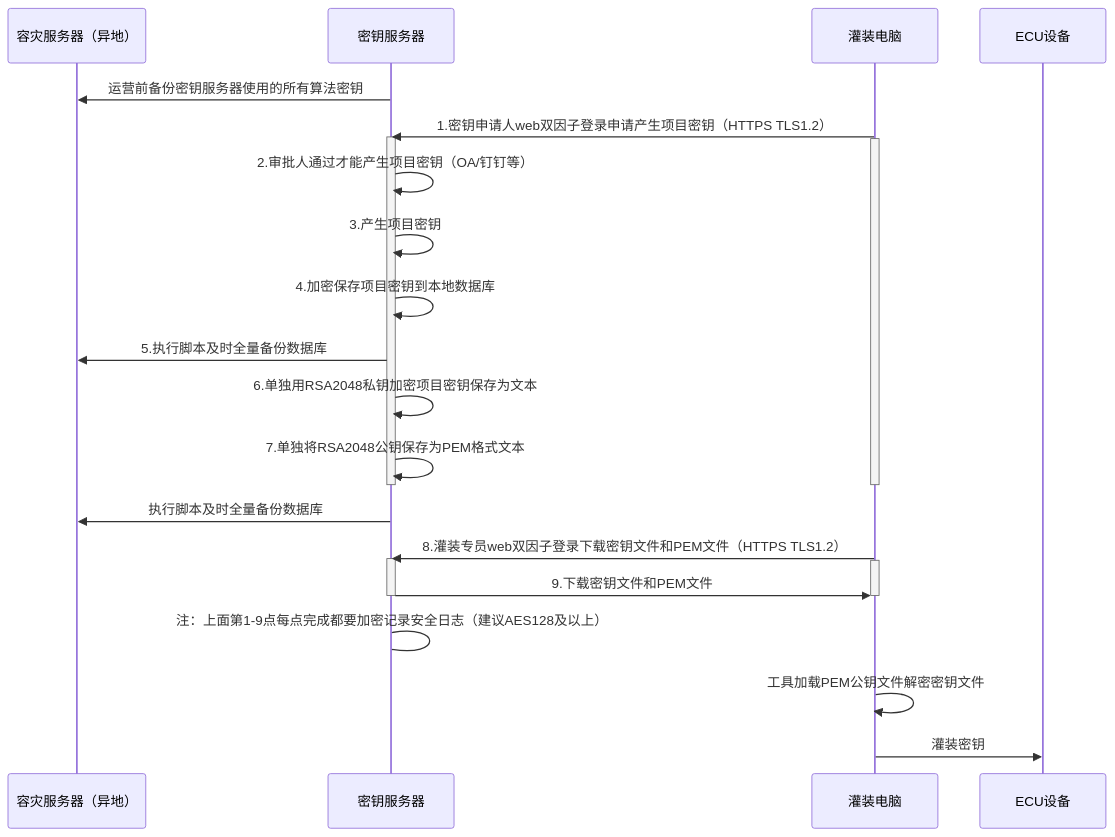
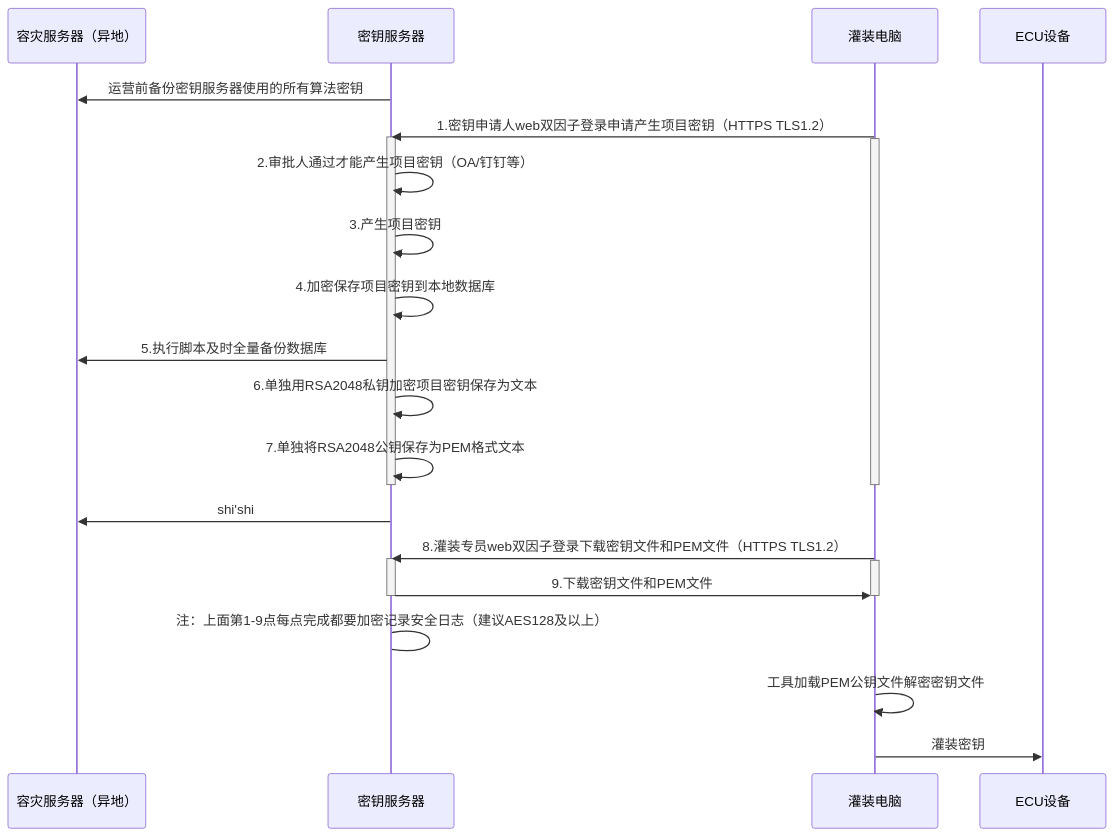
The diagram in all/未命名-15.md (facebook-cloud/iodraw-files), drawn with Mermaid before and after one commit.

Commit message:
2026-02-12 16:52:53 update

````diff
--- a/all/未命名-15.md
+++ b/all/未命名-15.md
@@ -1,34 +1,34 @@
 ```mermaid
 sequenceDiagram
     participant A as 容灾服务器（异地）
     participant B as 密钥服务器
     participant D as 灌装电脑
     participant E as ECU设备
 
     B->>A: 运营前备份密钥服务器使用的所有算法密钥
     D->>B: 1.密钥申请人web双因子登录申请产生项目密钥（HTTPS TLS1.2）
     activate B
     activate D
     B->>B: 2.审批人通过才能产生项目密钥（OA/钉钉等）
     B->>B: 3.产生项目密钥
     B->>B: 4.加密保存项目密钥到本地数据库
     B->>A: 5.执行脚本及时全量备份数据库
     B->>B: 6.单独用RSA2048私钥加密项目密钥保存为文本
     B->>B: 7.单独将RSA2048公钥保存为PEM格式文本
     deactivate B
     deactivate D
 
-    B->>A: 执行脚本及时全量备份数据库
+    B->>A: shi'shi
     
     D->>B: 8.灌装专员web双因子登录下载密钥文件和PEM文件（HTTPS TLS1.2）
     activate B
     activate D
     B->>D: 9.下载密钥文件和PEM文件
     deactivate B
     deactivate D
     B->B: 注：上面第1-9点每点完成都要加密记录安全日志（建议AES128及以上）
 
     D->>D:工具加载PEM公钥文件解密密钥文件
     
     D->>E: 灌装密钥
 ```
````
